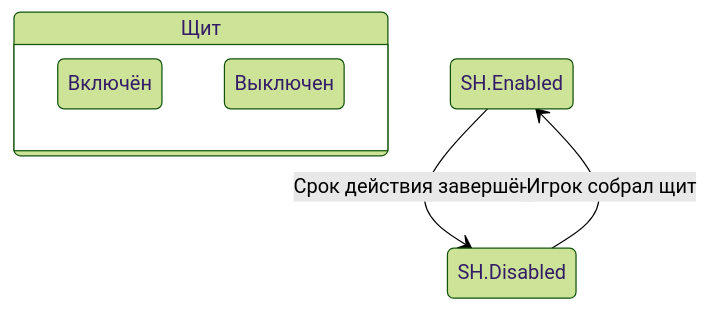
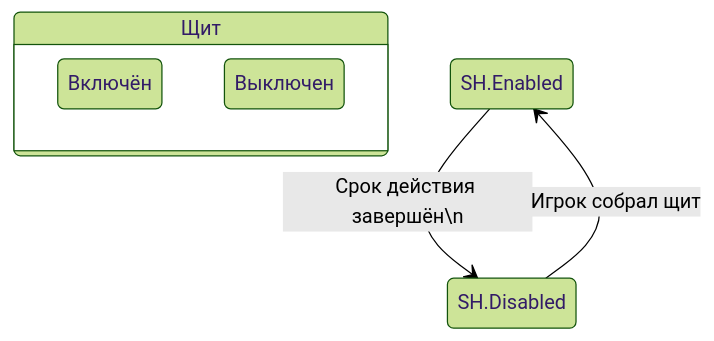
The fifth of 6 diagrams in docs/behavior.md (DoNik226/software_development), drawn with Mermaid (forest theme) before and after one commit.

````diff
--- a/docs/behavior.md
+++ b/docs/behavior.md
@@ -55,9 +55,9 @@
 ```mermaid
 stateDiagram-v2
     state "Щит" as SH {
     Enabled : Включён
     Disabled : Выключен
     }
-SH.Enabled --> SH.Disabled : Срок действия завершён
+SH.Enabled --> SH.Disabled : Срок действия завершён\n
 SH.Disabled --> SH.Enabled : Игрок собрал щит
 ```
````
